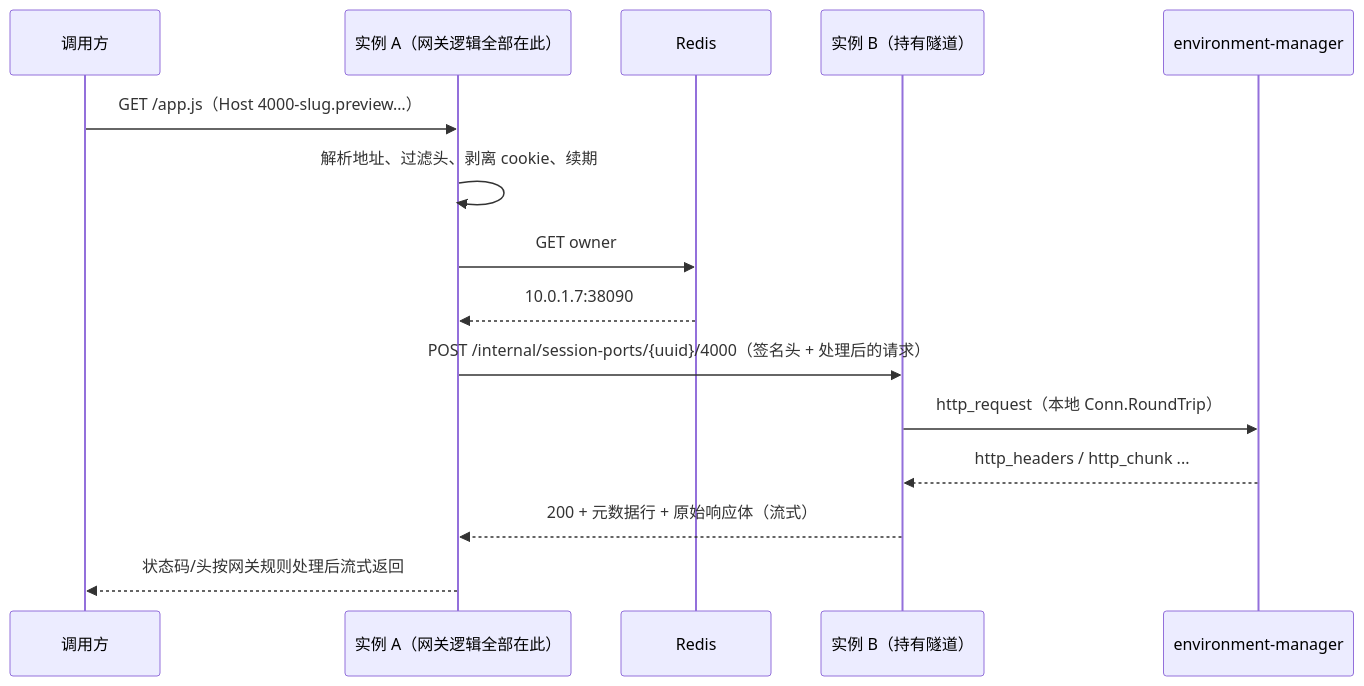
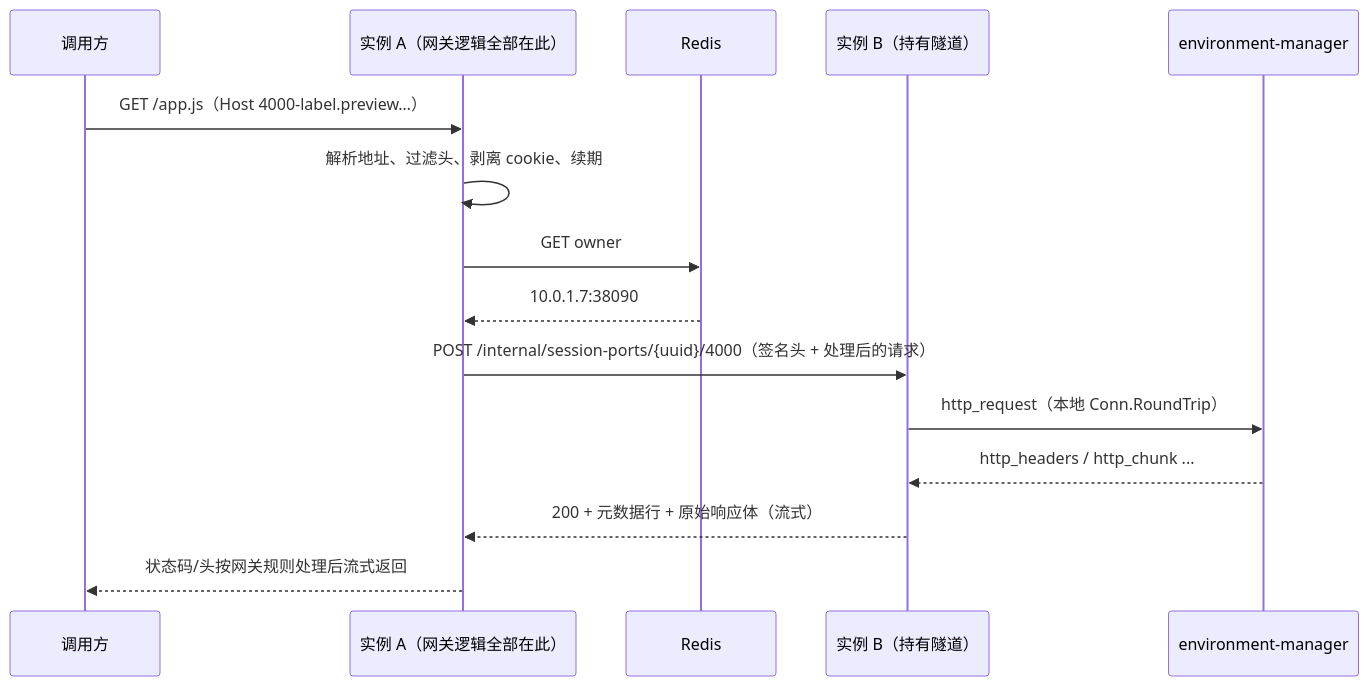
Before and after one commit to superduck-ai/open-managed-agents: the third of 4 diagrams in docs/design/be/session-port-access.md, drawn with Mermaid. The commit also changed other lines of this file and 30 other files, not shown here.

````diff
--- a/docs/design/be/session-port-access.md
+++ b/docs/design/be/session-port-access.md
@@ -263,17 +263,17 @@
 ```mermaid
 sequenceDiagram
     participant C as 调用方
     participant A as 实例 A（网关逻辑全部在此）
     participant R as Redis
     participant B as 实例 B（持有隧道）
     participant E as environment-manager
-    C->>A: GET /app.js（Host 4000-slug.preview…）
+    C->>A: GET /app.js（Host 4000-label.preview…）
     A->>A: 解析地址、过滤头、剥离 cookie、续期
     A->>R: GET owner
     R-->>A: 10.0.1.7:38090#inst-b
     A->>B: POST /internal/session-ports/{uuid}/4000（签名头 + 处理后的请求）
     B->>E: http_request（本地 Conn.RoundTrip）
     E-->>B: http_headers / http_chunk ...
     B-->>A: 200 + 元数据行 + 原始响应体（流式）
     A-->>C: 状态码/头按网关规则处理后流式返回
 ```
````
